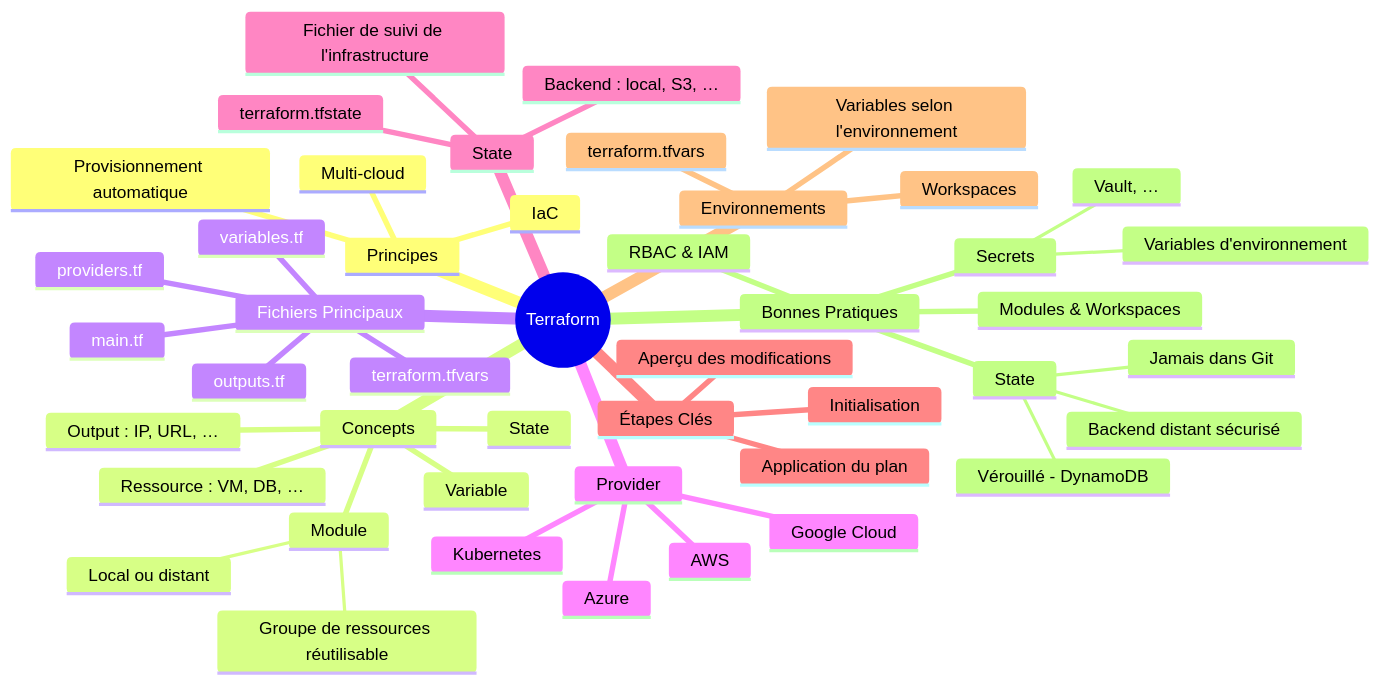
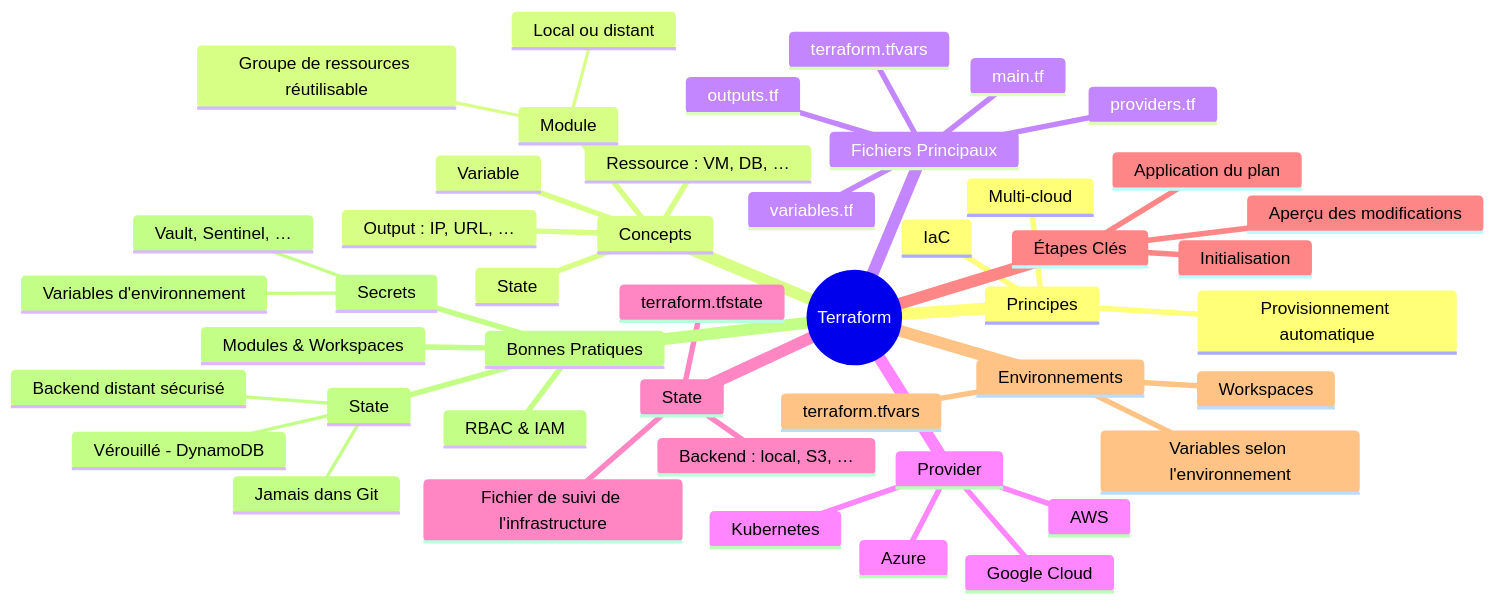
Before and after one commit to tavenel/website: the diagram in src/courses/terraform/cours.md, drawn with Mermaid. The commit also changed other lines of this file, not shown here.

Commit message:
terraform: enrich course -- vault, sentinel, dynamic props

````diff
--- a/src/courses/terraform/cours.md
+++ b/src/courses/terraform/cours.md
@@ -7,58 +7,58 @@
 ```mermaid
 mindmap
   root((Terraform))
 
     Principes
       IaC
       Provisionnement automatique
       Multi-cloud
 
     Concepts
       State
       Variable
       Ressource : VM, DB, …
       Module
         Groupe de ressources réutilisable
         Local ou distant
       Output : IP, URL, …
 
     Fichiers Principaux
       main.tf
       variables.tf
       outputs.tf
       terraform.tfvars
       providers.tf
 
     Provider
       AWS
       Azure
       Google Cloud
       Kubernetes
 
     State
       Fichier de suivi de l'infrastructure
       terraform.tfstate
       Backend : local, S3, …
 
     Étapes Clés
       Initialisation
       Aperçu des modifications
       Application du plan
 
     Environnements
       Workspaces
       Variables selon l'environnement
       terraform.tfvars
 
     Bonnes Pratiques
       Modules & Workspaces
       RBAC & IAM
       State
         Jamais dans Git
         Backend distant sécurisé
         Vérouillé - DynamoDB
       Secrets
         Variables d'environnement
-        Vault, …
+        Vault, Sentinel, …
 
 ```
````
